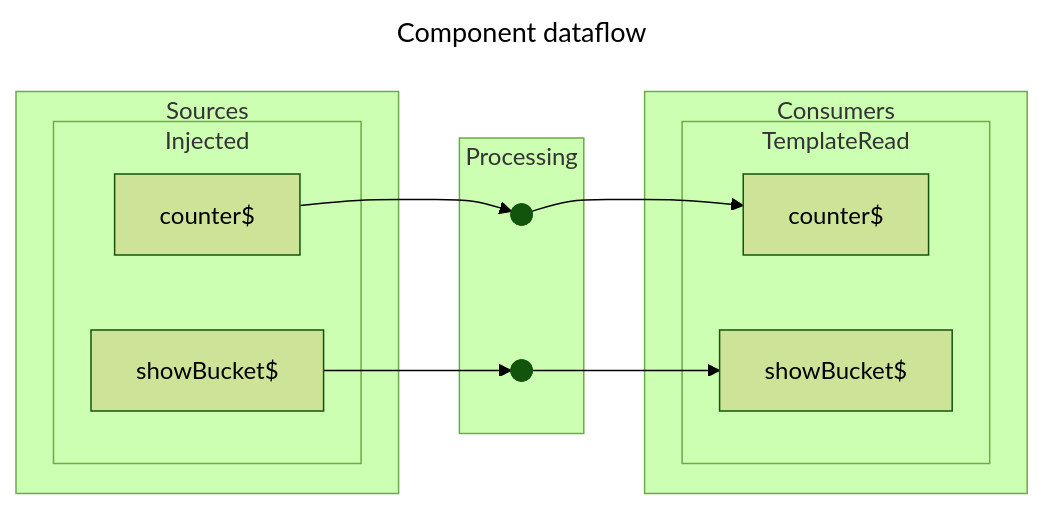
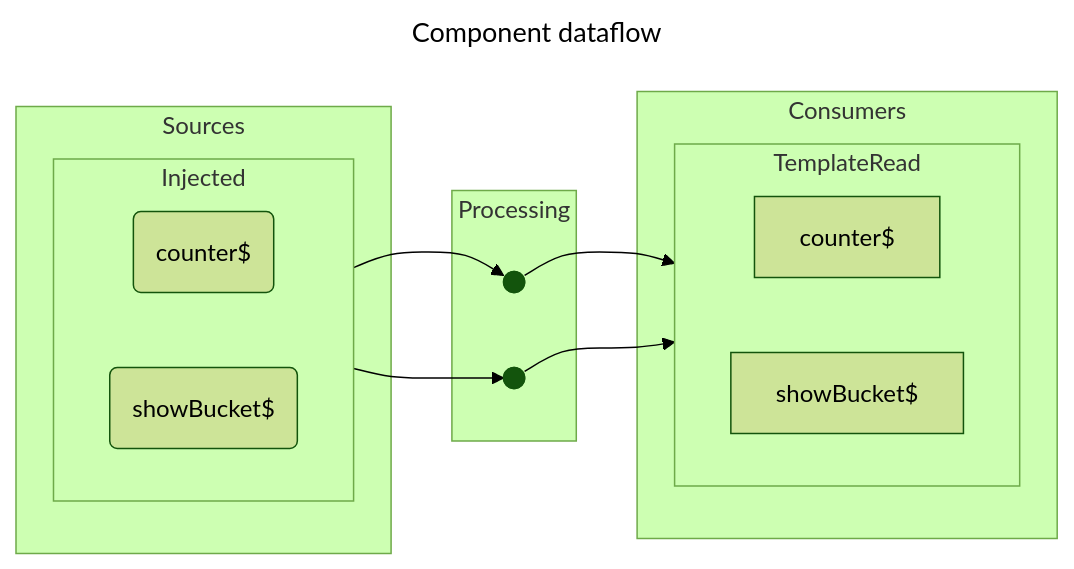
Before and after one commit to earthdmitriy/rx-evo: the first of 2 diagrams in src/app/components/legacy/chaos/chaos-input-wrapper.component.dataflow.md, drawn with Mermaid (forest theme). The commit also changed other lines of this file and 39 other files, not shown here.

Commit message:
updated dataflow diagrams

````diff
--- a/src/app/components/legacy/chaos/chaos-input-wrapper.component.dataflow.md
+++ b/src/app/components/legacy/chaos/chaos-input-wrapper.component.dataflow.md
@@ -3,37 +3,39 @@
 ```mermaid
 ---
 title: Component dataflow
 ---
 graph LR
     subgraph Sources
         subgraph Injected
-            Source_counter$["
+            direction LR
+            Source_counter$("
                 counter$
-            "]
-            Source_showBucket$["
+            ")
+            Source_showBucket$("
                 showBucket$
-            "]
+            ")
         end
     end
     subgraph Processing
         Processing_counter$@{ shape: f-circ, label: "Junction" }
         Processing_showBucket$@{ shape: f-circ, label: "Junction" }
     end
     subgraph Consumers
         subgraph TemplateRead
+            direction LR
             Consumer_counter$["
                 counter$
             "]
             Consumer_showBucket$["
                 showBucket$
             "]
         end
     end
     Sources ~~~ Processing
     Processing ~~~ Consumers
     Source_counter$ --> Processing_counter$
     Source_showBucket$ --> Processing_showBucket$
     Processing_counter$ --> Consumer_counter$
     Processing_showBucket$ --> Consumer_showBucket$
 
 ```
````
